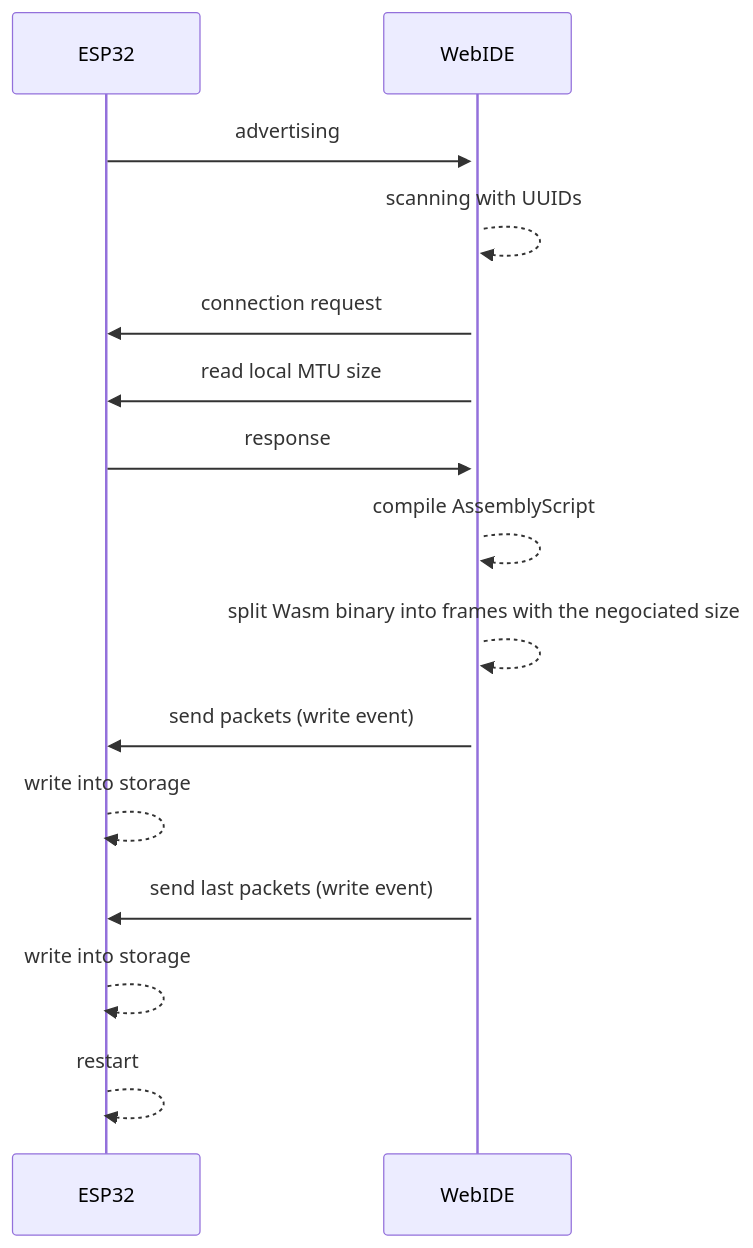
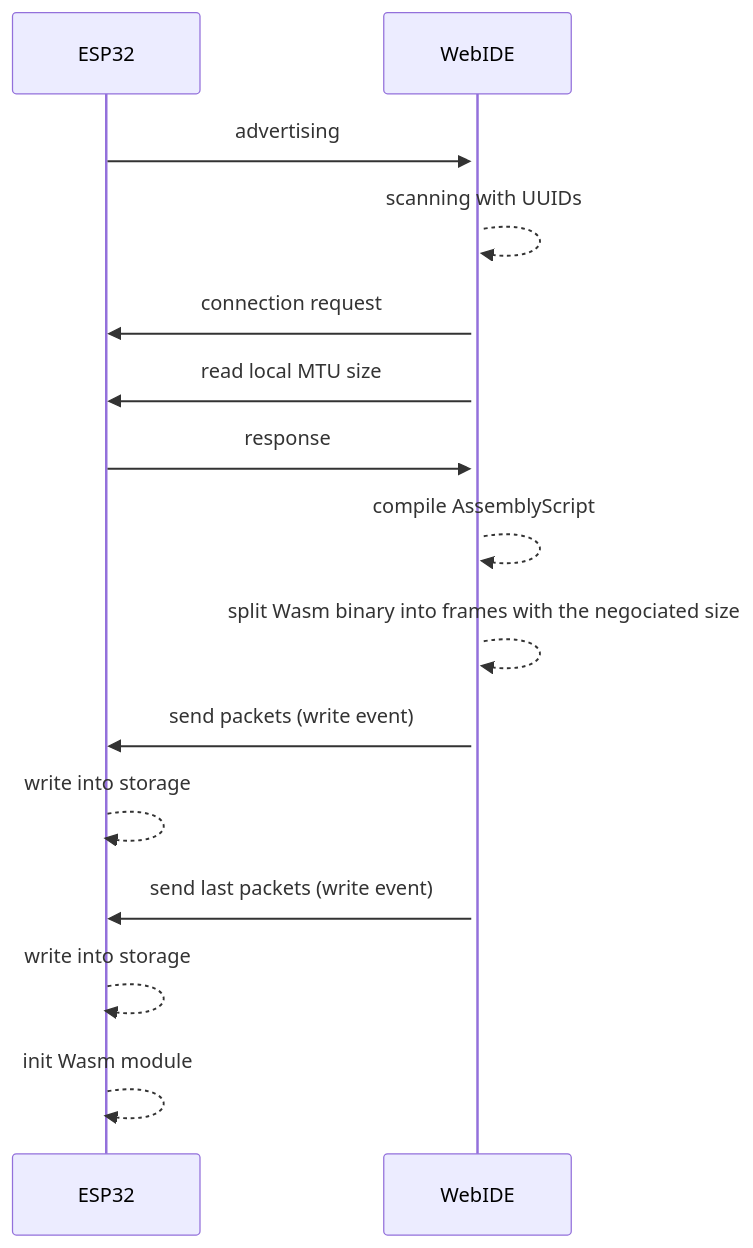
One commit to Ayato77/Wasm-ble-web-ide changed the diagram in README.md. Above: the diagram before and after it, drawn with Mermaid.

````diff
--- a/README.md
+++ b/README.md
@@ -3,15 +3,15 @@
 ```mermaid
 sequenceDiagram
     ESP32->>+WebIDE: advertising
     WebIDE-->>WebIDE: scanning with UUIDs
     WebIDE->>ESP32: connection request
     WebIDE->>ESP32: read local MTU size 
     ESP32->>WebIDE: response
     WebIDE-->>WebIDE: compile AssemblyScript
     WebIDE-->>WebIDE: split Wasm binary into frames with the negociated size
     WebIDE->>ESP32: send packets (write event)
     ESP32-->>ESP32: write into storage
     WebIDE->>ESP32: send last packets (write event)
     ESP32-->>ESP32: write into storage
-    ESP32-->>ESP32: restart
+    ESP32-->>ESP32: init Wasm module
 ```
````
